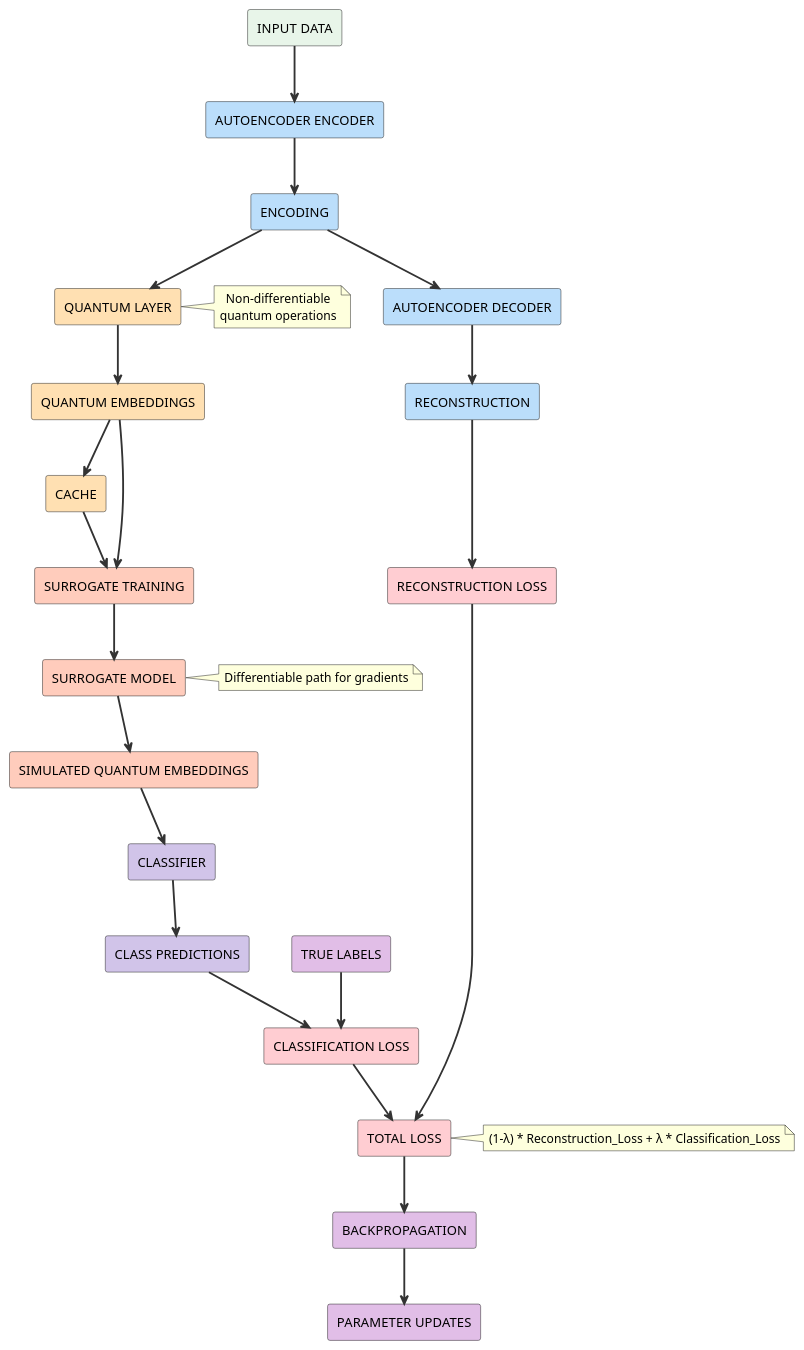
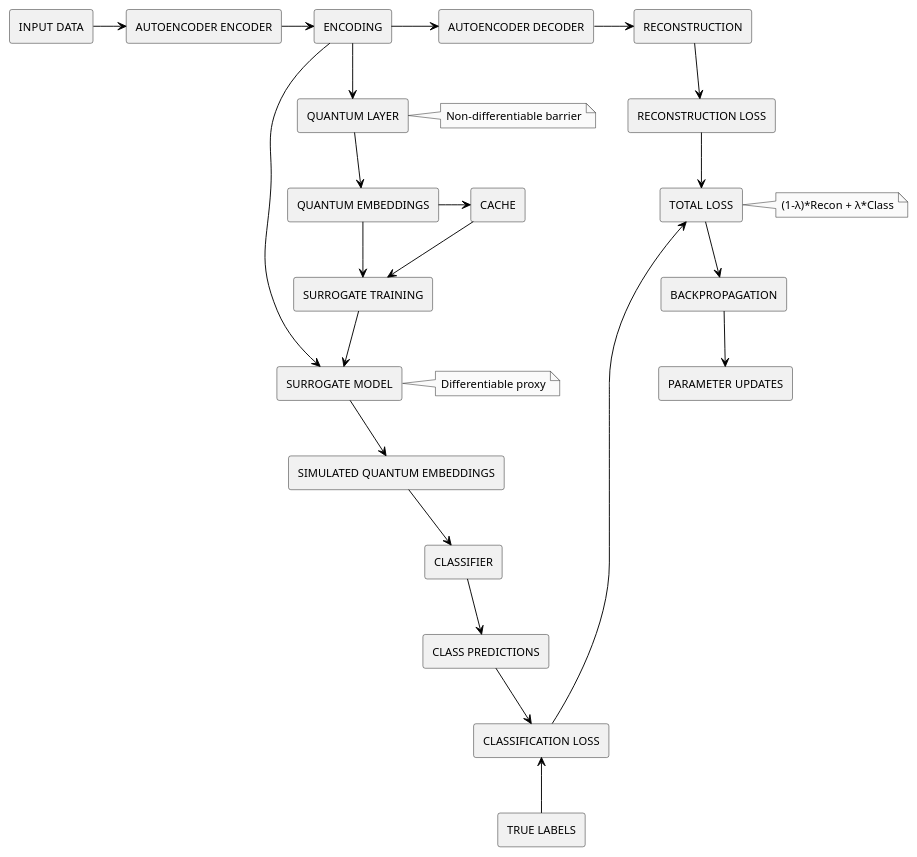
The diagram in docs/diagrams/pipeline.puml (NunoMBatista/Neutral-Atom-QGARS), drawn with PlantUML before and after one commit. The commit also changed 3 other files, not shown here.

```diff
--- a/docs/diagrams/pipeline.puml
+++ b/docs/diagrams/pipeline.puml
@@ -1,61 +1,54 @@
-@startuml pipeline
-skinparam backgroundColor transparent
-skinparam defaultTextAlignment center
-skinparam ArrowColor #333333
-skinparam ArrowThickness 2
+@startuml
+skinparam monochrome true
+skinparam componentStyle rectangle
+skinparam defaultFontName Arial
+skinparam defaultFontSize 12
+skinparam ArrowColor black
 
-rectangle "INPUT DATA" as input #E8F5E9
-rectangle "AUTOENCODER ENCODER" as encoder #BBDEFB
-rectangle "ENCODING" as encoding #BBDEFB
-rectangle "AUTOENCODER DECODER" as decoder #BBDEFB
-rectangle "RECONSTRUCTION" as reconstruction #BBDEFB
-rectangle "QUANTUM LAYER" as quantum_layer #FFE0B2
-rectangle "QUANTUM EMBEDDINGS" as quantum_embeddings #FFE0B2
-rectangle "CACHE" as cache #FFE0B2
-rectangle "SURROGATE TRAINING" as surrogate_training #FFCCBC
-rectangle "SURROGATE MODEL" as surrogate_model #FFCCBC
-rectangle "SIMULATED QUANTUM EMBEDDINGS" as simulated_embeddings #FFCCBC
-rectangle "CLASSIFIER" as classifier #D1C4E9
-rectangle "CLASS PREDICTIONS" as predictions #D1C4E9
-rectangle "RECONSTRUCTION LOSS" as recon_loss #FFCDD2
-rectangle "CLASSIFICATION LOSS" as class_loss #FFCDD2
-rectangle "TOTAL LOSS" as total_loss #FFCDD2
-rectangle "BACKPROPAGATION" as backprop #E1BEE7
-rectangle "PARAMETER UPDATES" as param_updates #E1BEE7
-rectangle "TRUE LABELS" as true_labels #E1BEE7
+component "INPUT DATA" as input
+component "AUTOENCODER ENCODER" as encoder
+component "ENCODING" as encoding
+component "AUTOENCODER DECODER" as decoder
+component "RECONSTRUCTION" as reconstruction
+component "QUANTUM LAYER" as quantum
+component "QUANTUM EMBEDDINGS" as q_embeddings
+component "CACHE" as cache
+component "SURROGATE TRAINING" as surr_training
+component "SURROGATE MODEL" as surrogate
+component "SIMULATED QUANTUM EMBEDDINGS" as sim_embeddings
+component "CLASSIFIER" as classifier
+component "CLASS PREDICTIONS" as predictions
+component "RECONSTRUCTION LOSS" as rec_loss
+component "CLASSIFICATION LOSS" as class_loss
+component "TRUE LABELS" as labels
+component "TOTAL LOSS" as total_loss
+component "BACKPROPAGATION" as backprop
+component "PARAMETER UPDATES" as updates
 
-input --> encoder
-encoder --> encoding
-encoding --> decoder
-decoder --> reconstruction
-encoding --> quantum_layer
-quantum_layer --> quantum_embeddings
-quantum_embeddings --> cache
-quantum_embeddings --> surrogate_training
-cache --> surrogate_training
-surrogate_training --> surrogate_model
-surrogate_model --> simulated_embeddings
-simulated_embeddings --> classifier
-classifier --> predictions
-reconstruction --> recon_loss
-predictions --> class_loss
-true_labels --> class_loss
-recon_loss --> total_loss
-class_loss --> total_loss
-total_loss --> backprop
-backprop --> param_updates
+input -right-> encoder
+encoder -right-> encoding
+encoding -down-> quantum
+encoding -right-> decoder
+decoder -right-> reconstruction
+reconstruction -down-> rec_loss
+quantum -down-> q_embeddings
+q_embeddings -right-> cache
+q_embeddings -down-> surr_training
+cache -down-> surr_training
+surr_training -down-> surrogate
+encoding -down-> surrogate
+surrogate -down-> sim_embeddings
+sim_embeddings -down-> classifier
+classifier -down-> predictions
+predictions -down-> class_loss
+labels -up-> class_loss
+rec_loss -down-> total_loss
+class_loss -left-> total_loss
+total_loss -down-> backprop
+backprop -down-> updates
 
-note right of surrogate_model
-  Differentiable path for gradients
-end note
-
-note right of quantum_layer
-  Non-differentiable
-  quantum operations
-end note
-
-note right of total_loss
-  (1-λ) * Reconstruction_Loss + λ * Classification_Loss
-end note
+note right of surrogate: Differentiable proxy
+note right of quantum: Non-differentiable barrier
+note right of total_loss: (1-λ)*Recon + λ*Class
 
 @enduml
```
